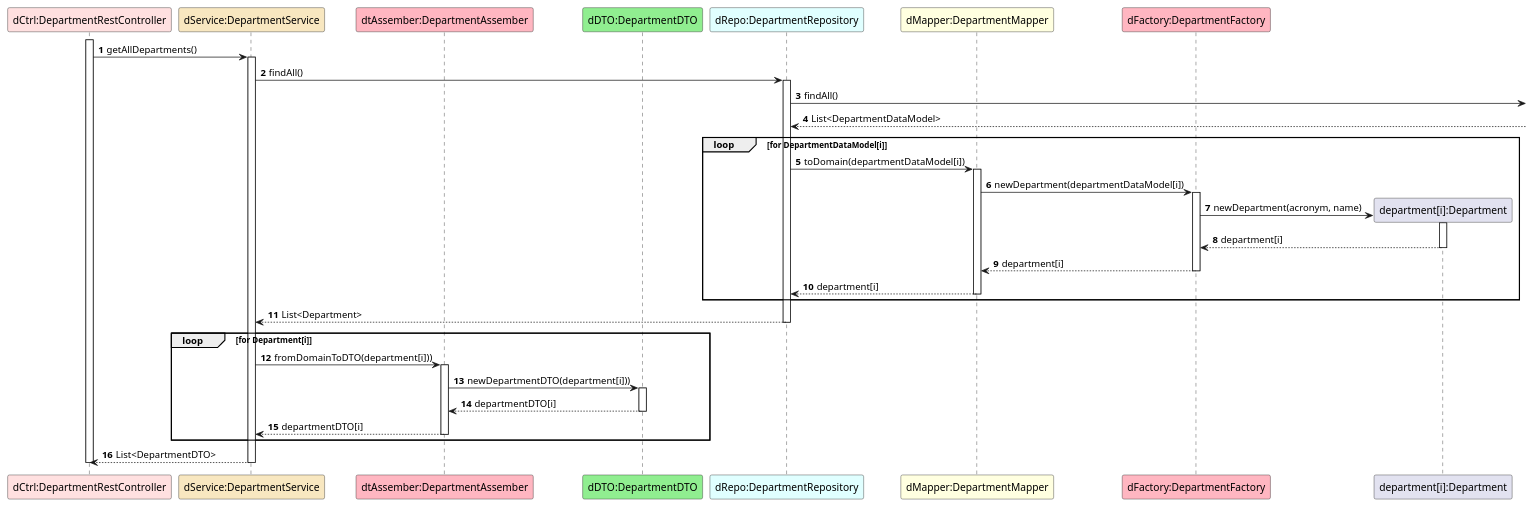
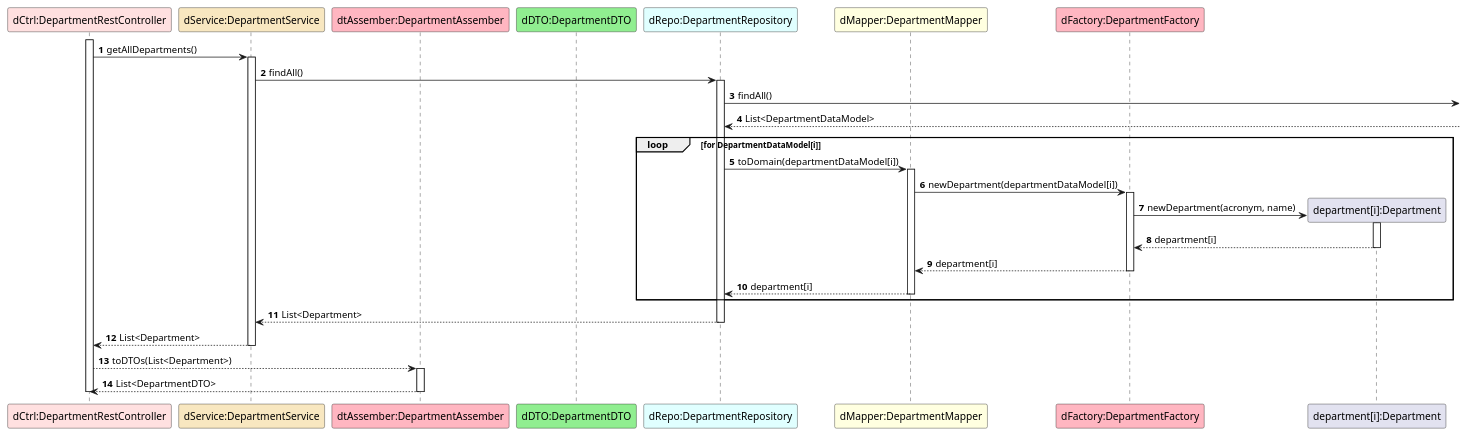
The diagram in docs/US31/ScenarioView/References/Ref-getAllDepartments.puml (GasparISEP/DevOps-PAI), drawn with PlantUML before and after one commit. The commit also changed 3 other files, not shown here.

Commit message:
Ref #653: Update diagrams to reflect DTO conversion in Controller instead of Service

```diff
--- a/docs/US31/ScenarioView/References/Ref-getAllDepartments.puml
+++ b/docs/US31/ScenarioView/References/Ref-getAllDepartments.puml
@@ -1,42 +1,38 @@
 @startuml
 autonumber
 
 participant "dCtrl:DepartmentRestController" as C #implementation
 participant "dService:DepartmentService" as DPS #strategy
 participant "dtAssember:DepartmentAssember" as DA #lightpink
 participant "dDTO:DepartmentDTO" as DDTO #lightgreen
 participant "dRepo:DepartmentRepository" as DPR #lightcyan
 participant "dMapper:DepartmentMapper" as M #lightyellow
 participant "dFactory:DepartmentFactory" as F #lightpink
 participant "department[i]:Department" as DT
 
 activate C
 C -> DPS ++: getAllDepartments()
 
 DPS -> DPR ++: findAll()
 
 DPR -> : findAll()
 DPR <-- : List<DepartmentDataModel>
 
 loop for DepartmentDataModel[i]
 DPR -> M ++: toDomain(departmentDataModel[i])
 M -> F ++: newDepartment(departmentDataModel[i])
 F -> DT**: newDepartment(acronym, name)
 activate DT
 DT --> F --: department[i]
 
 F --> M --: department[i]
 M --> DPR --: department[i]
 end
 
 DPR --> DPS --: List<Department>
-loop for Department[i]
-DPS -> DA ++ :fromDomainToDTO(department[i]))
-DA -> DDTO ++: newDepartmentDTO(department[i]))
-DDTO --> DA --: departmentDTO[i]
-DA --> DPS --: departmentDTO[i]
-end
+DPS --> C --: List<Department>
+C --> DA ++: toDTOs(List<Department>)
 
-DPS --> C --: List<DepartmentDTO>
+DA --> C --: List<DepartmentDTO>
 deactivate C
 @enduml
```
